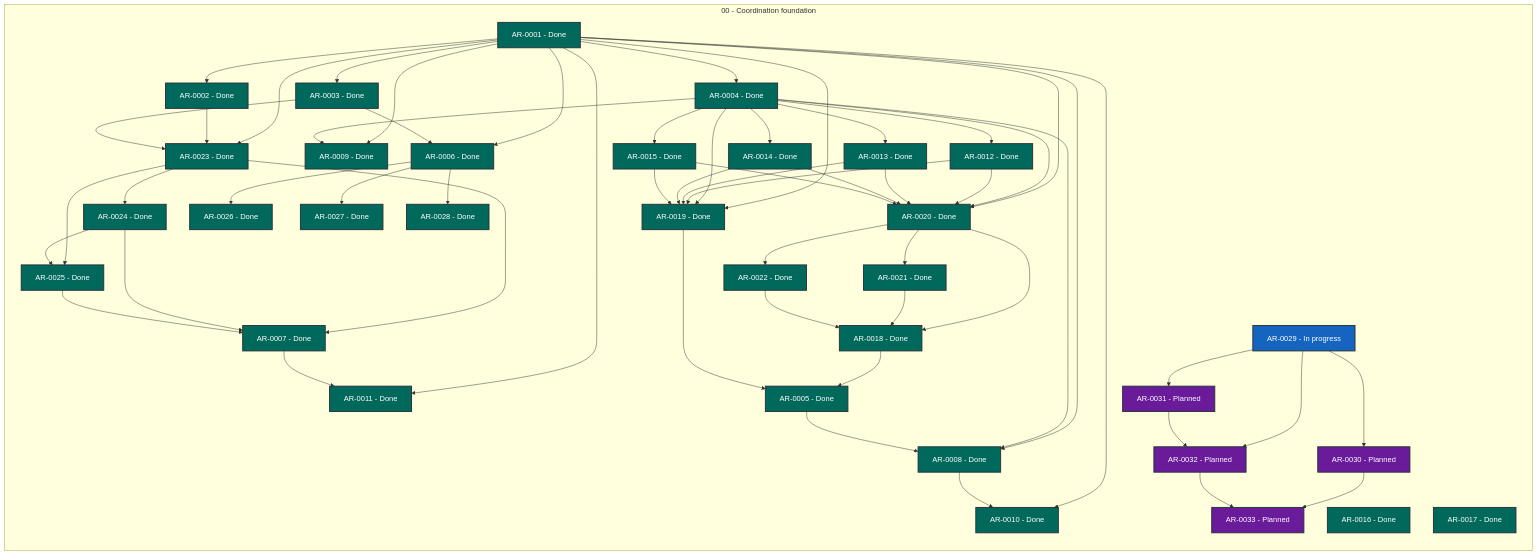
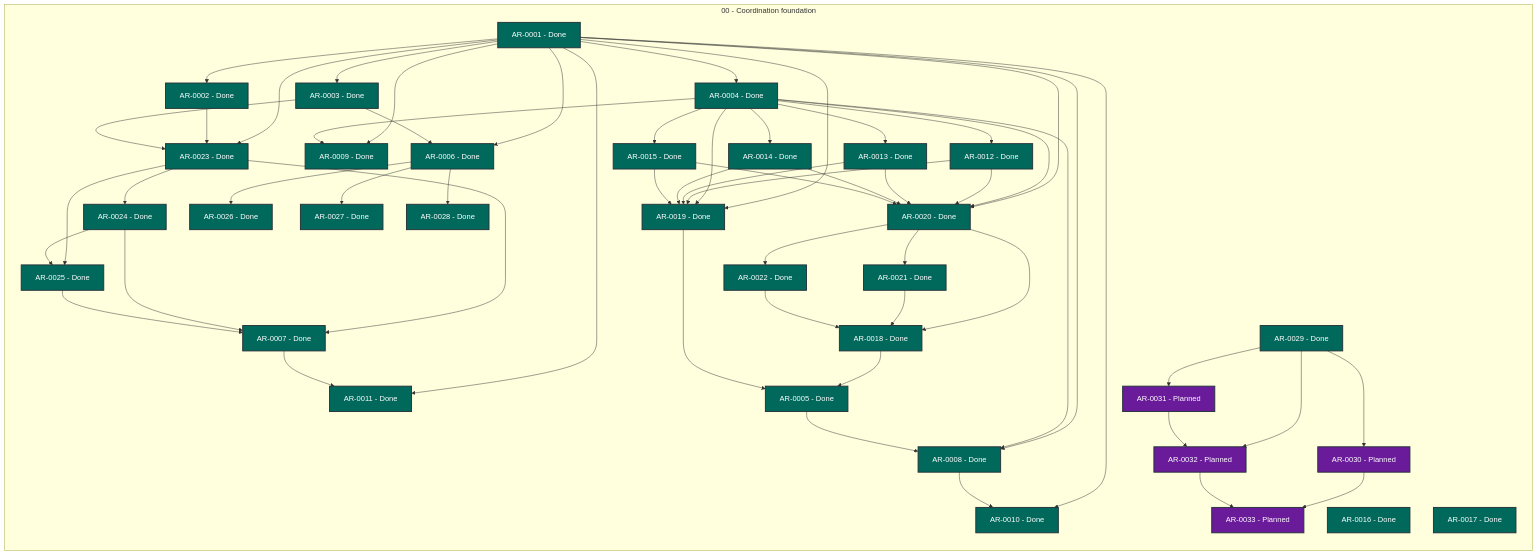
One commit to martin-beck/agent-workflow-quality-state changed the diagram in STATUS.md. Above: the diagram before and after it, drawn with Mermaid. The commit also changed other lines of this file and 2 other files, not shown here.

```diff
--- a/STATUS.md
+++ b/STATUS.md
@@ -56,7 +56,7 @@
         AR_0026["AR-0026 - Done"]:::status_done
         AR_0027["AR-0027 - Done"]:::status_done
         AR_0028["AR-0028 - Done"]:::status_done
-        AR_0029["AR-0029 - In progress"]:::status_in_progress
+        AR_0029["AR-0029 - Done"]:::status_done
         AR_0030["AR-0030 - Planned"]:::status_planned
         AR_0031["AR-0031 - Planned"]:::status_planned
         AR_0032["AR-0032 - Planned"]:::status_planned
```
